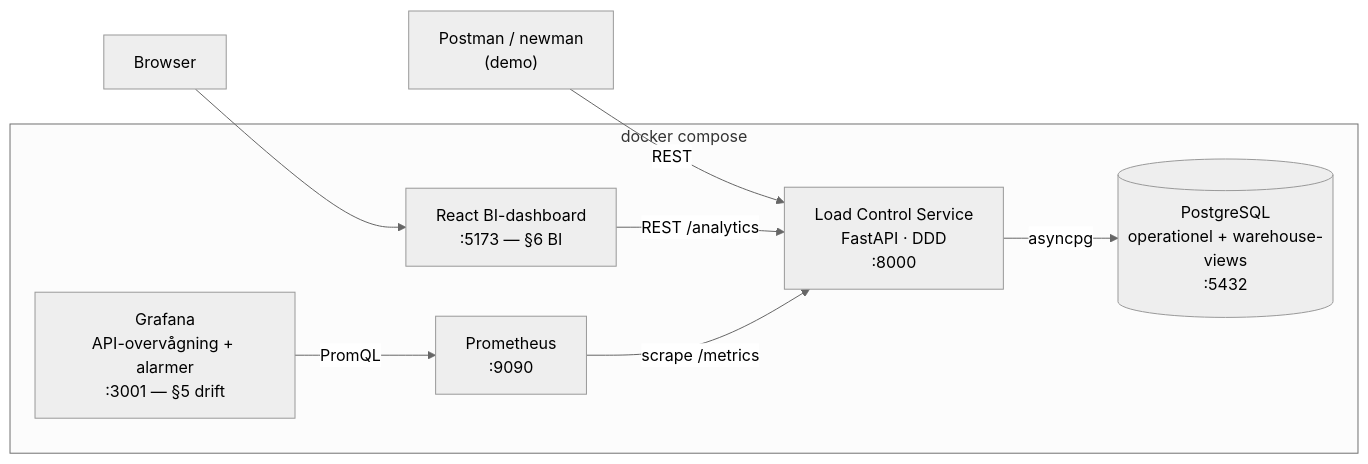
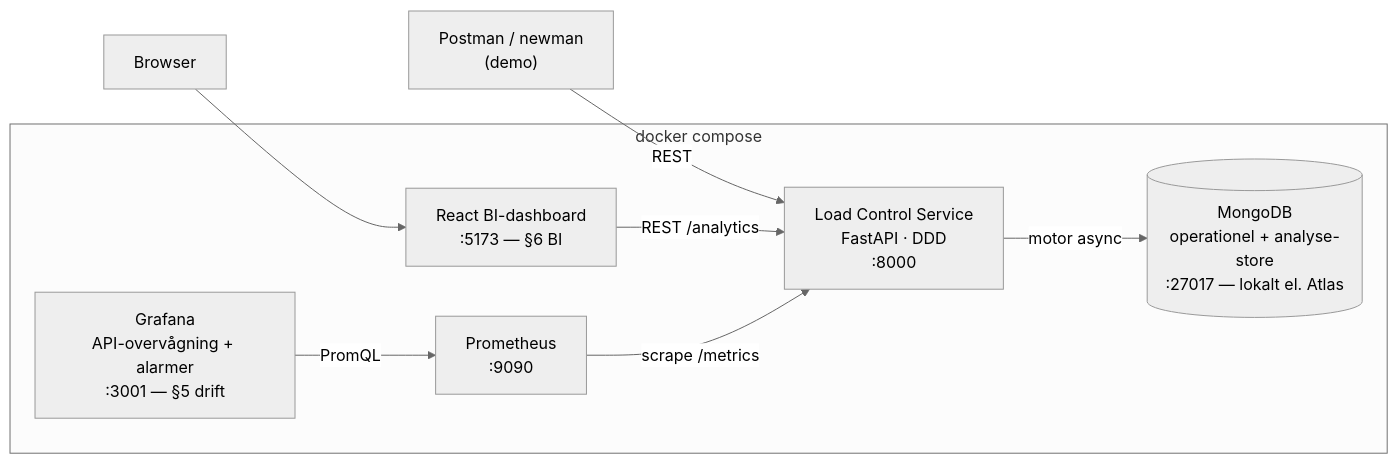
The diagram in README.md (corlicorli/voltedge-loadmanagementplatform), drawn with Mermaid (neutral theme) before and after one commit. The commit also changed other lines of this file and 28 other files, not shown here.

First line of the commit message:
feat: migrate persistence from PostgreSQL to MongoDB (Atlas-ready)

````diff
--- a/README.md
+++ b/README.md
@@ -58,18 +59,18 @@
 ```mermaid
 flowchart LR
   PM["Postman / newman<br/>(demo)"]
   BR["Browser"]
   subgraph compose["docker compose"]
     FE["React BI-dashboard<br/>:5173 — §6 BI"]
     BE["Load Control Service<br/>FastAPI · DDD<br/>:8000"]
-    PG[("PostgreSQL<br/>operationel + warehouse-views<br/>:5432")]
+    DB[("MongoDB<br/>operationel + analyse-store<br/>:27017 — lokalt el. Atlas")]
     PR["Prometheus<br/>:9090"]
     GR["Grafana<br/>API-overvågning + alarmer<br/>:3001 — §5 drift"]
   end
   PM -->|REST| BE
   BR --> FE
   FE -->|REST /analytics| BE
-  BE -->|asyncpg| PG
+  BE -->|motor async| DB
   PR -->|scrape /metrics| BE
   GR -->|PromQL| PR
 ```
````
